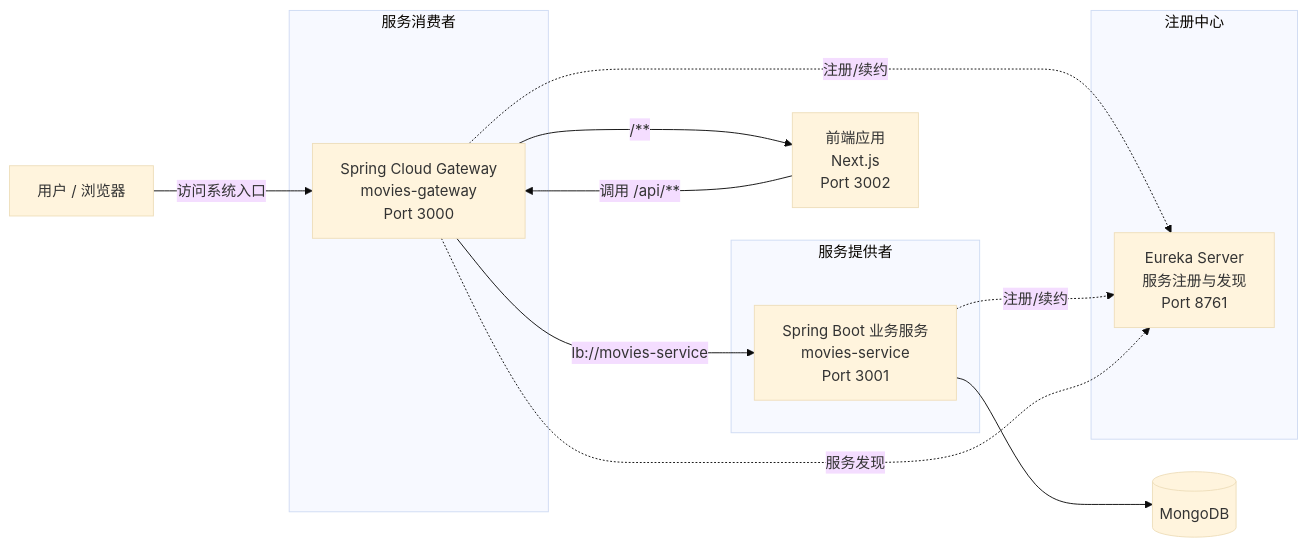
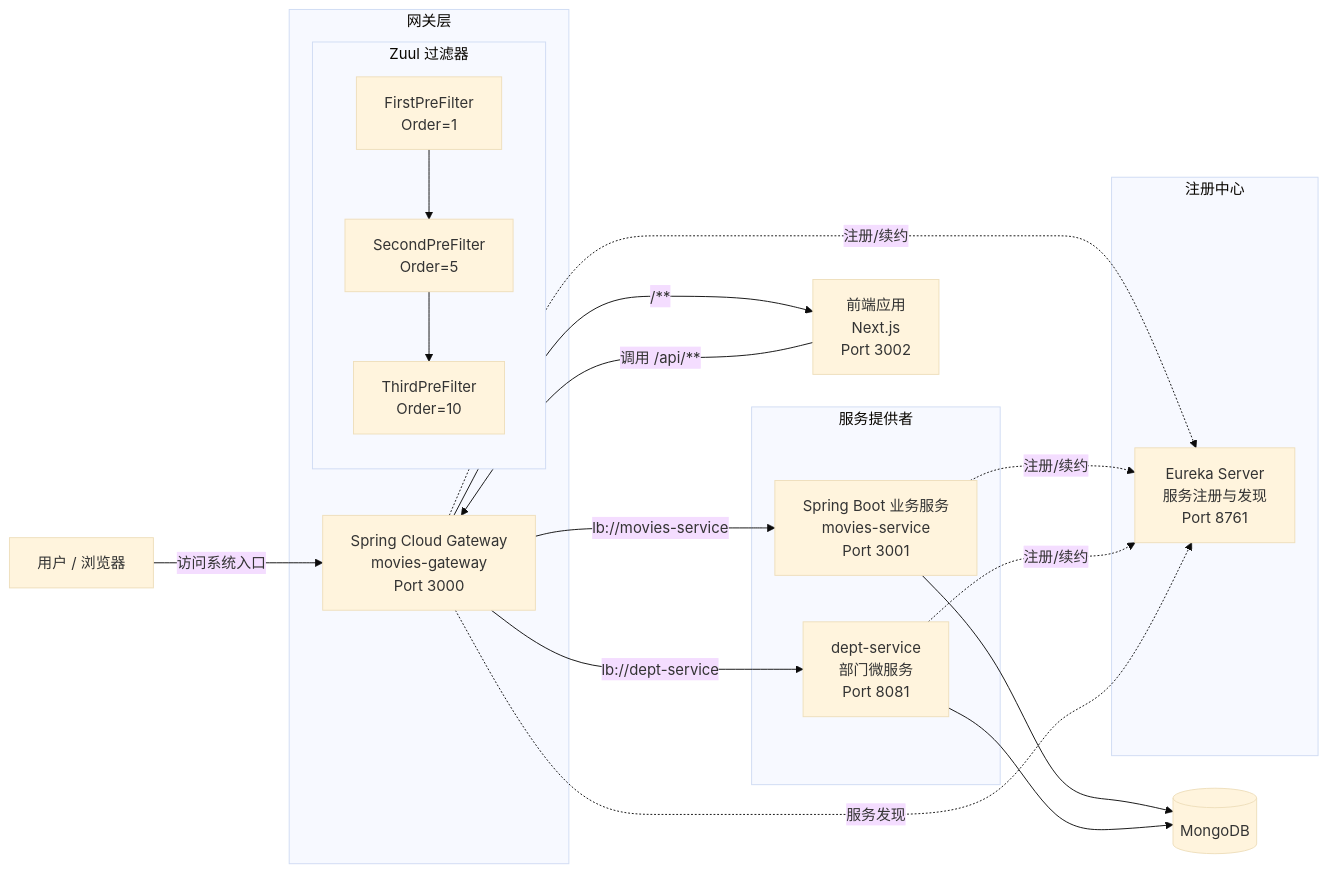
One commit to 0xWeakSheep/JAVA_microservices changed the first of 3 diagrams in docs/项目架构.md. Above: the diagram before and after it, drawn with Mermaid (base theme). The commit also changed other lines of this file and 14 other files, not shown here.

````diff
--- a/docs/项目架构.md
+++ b/docs/项目架构.md
@@ -5,29 +5,43 @@
 ```mermaid
 flowchart LR
     U[用户 / 浏览器]
     FE[前端应用<br/>Next.js<br/>Port 3002]
 
     subgraph Registry[注册中心]
         ES[Eureka Server<br/>服务注册与发现<br/>Port 8761]
     end
 
-    subgraph Consumer[服务消费者]
+    subgraph Gateway[网关层]
         GW[Spring Cloud Gateway<br/>movies-gateway<br/>Port 3000]
+        subgraph ZuulFilters[Zuul 过滤器]
+            F1[FirstPreFilter<br/>Order=1]
+            F2[SecondPreFilter<br/>Order=5]
+            F3[ThirdPreFilter<br/>Order=10]
+        end
     end
 
     subgraph Provider[服务提供者]
         MS[Spring Boot 业务服务<br/>movies-service<br/>Port 3001]
+        DS[dept-service<br/>部门微服务<br/>Port 8081]
     end
 
     DB[(MongoDB)]
 
     U -->|访问系统入口| GW
     GW -->|/**| FE
     FE -->|调用 /api/**| GW
+
     GW -->|lb://movies-service| MS
+    GW -->|lb://dept-service| DS
+
     MS --> DB
+    DS --> DB
 
     GW -.注册/续约.-> ES
     MS -.注册/续约.-> ES
+    DS -.注册/续约.-> ES
     GW -.服务发现.-> ES
+
+    F1 --> F2
+    F2 --> F3
 ```
````
